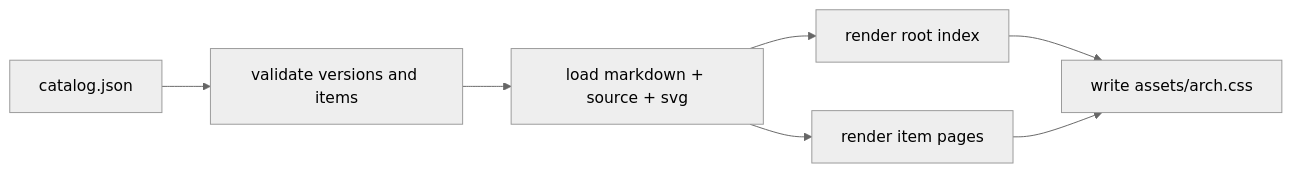
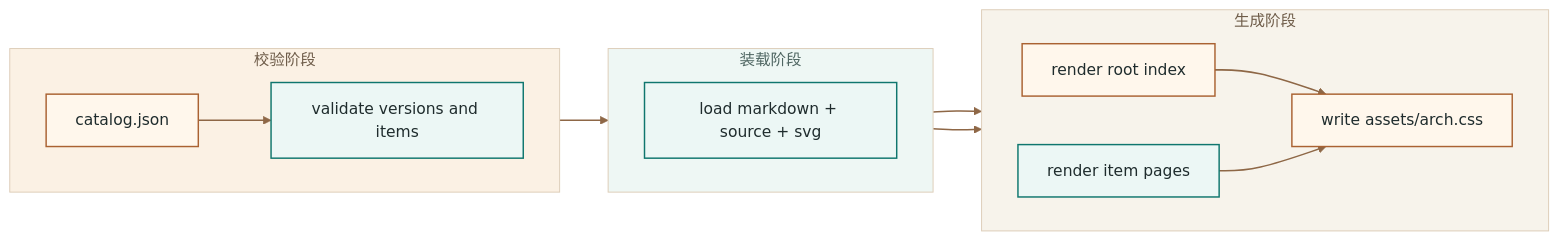
One commit to zhagqn/agentwork changed the diagram in .agentwork/tools/arch/shared/templates/arch/examples/arch-tool/content/current/renderer-runtime/diagram.mmd. Above: the diagram before and after it, drawn with Mermaid (neutral theme). The commit also changed 25 other files, not shown here.

Commit message:
docs(arch): 固化 Mermaid 基础样式约定

```diff
--- a/.agentwork/tools/arch/shared/templates/arch/examples/arch-tool/content/current/renderer-runtime/diagram.mmd
+++ b/.agentwork/tools/arch/shared/templates/arch/examples/arch-tool/content/current/renderer-runtime/diagram.mmd
@@ -1,7 +1,35 @@
 flowchart LR
-    A[catalog.json] --> B[validate versions and items]
-    B --> C[load markdown + source + svg]
-    C --> D[render root index]
-    C --> E[render item pages]
-    D --> F[write assets/arch.css]
+    subgraph check["校验阶段"]
+        direction LR
+        A[catalog.json] --> B[validate versions and items]
+    end
+
+    subgraph load["装载阶段"]
+        direction LR
+        C[load markdown + source + svg]
+    end
+
+    subgraph render["生成阶段"]
+        direction LR
+        D[render root index]
+        E[render item pages]
+        F[write assets/arch.css]
+    end
+
+    B --> C
+    C --> D
+    C --> E
+    D --> F
     E --> F
+
+    classDef warm fill:#fff7ec,stroke:#aa6232,color:#1f2c2d,stroke-width:1.5px;
+    classDef teal fill:#ecf7f5,stroke:#0f766e,color:#1f2c2d,stroke-width:1.5px;
+    classDef neutral fill:#fffdfa,stroke:#8ea0a2,color:#1f2c2d,stroke-width:1.5px;
+    class A,D,F warm;
+    class B,C,E teal;
+
+    style check fill:#fbf1e4,stroke:#ddcdb8,color:#6f5d4a;
+    style load fill:#eef7f4,stroke:#ddcdb8,color:#4f6662;
+    style render fill:#f7f3eb,stroke:#ddcdb8,color:#6f5d4a;
+
+    linkStyle default stroke:#8e6746,stroke-width:1.6px;
```
